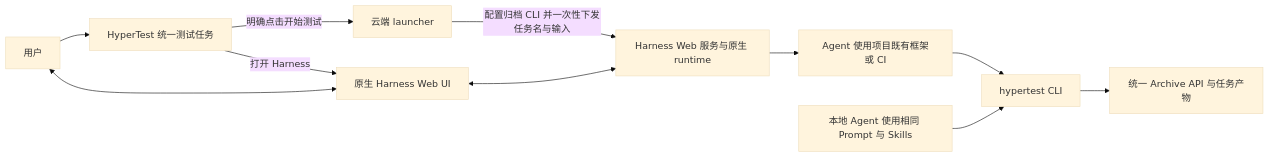
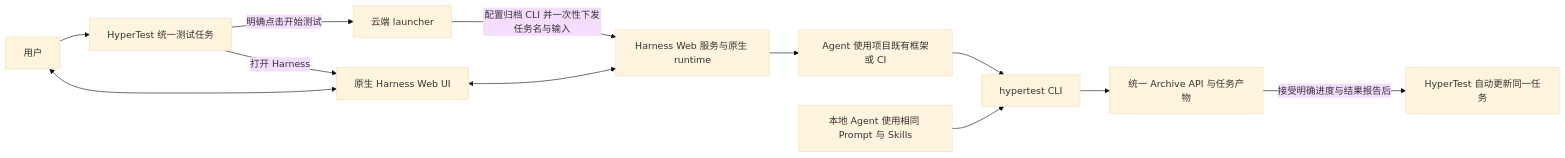
One commit to ZhangLiangchen/hypertest-one changed the diagram in docs/architecture/ADR-042_UNIFIED_TEST_TASKS_AND_HARNESS_EXECUTION.md. Above: the diagram before and after it, drawn with Mermaid (base theme). The commit also changed other lines of this file and 9 other files, not shown here.

````diff
--- a/docs/architecture/ADR-042_UNIFIED_TEST_TASKS_AND_HARNESS_EXECUTION.md
+++ b/docs/architecture/ADR-042_UNIFIED_TEST_TASKS_AND_HARNESS_EXECUTION.md
@@ -49,13 +56,14 @@
 ```mermaid
 flowchart LR
     U[用户] --> T[HyperTest 统一测试任务]
     T -->|明确点击开始测试| L[云端 launcher]
     L -->|配置归档 CLI 并一次性下发任务名与输入| H[Harness Web 服务与原生 runtime]
     T -->|打开 Harness| W[原生 Harness Web UI]
     U <--> W
     W <--> H
     H --> A[Agent 使用项目既有框架或 CI]
     A --> C[hypertest CLI]
     C --> R[统一 Archive API 与任务产物]
+    R -->|接受明确进度与结果报告后| TS[HyperTest 自动更新同一任务]
     LA[本地 Agent 使用相同 Prompt 与 Skills] --> C
 ```
````
